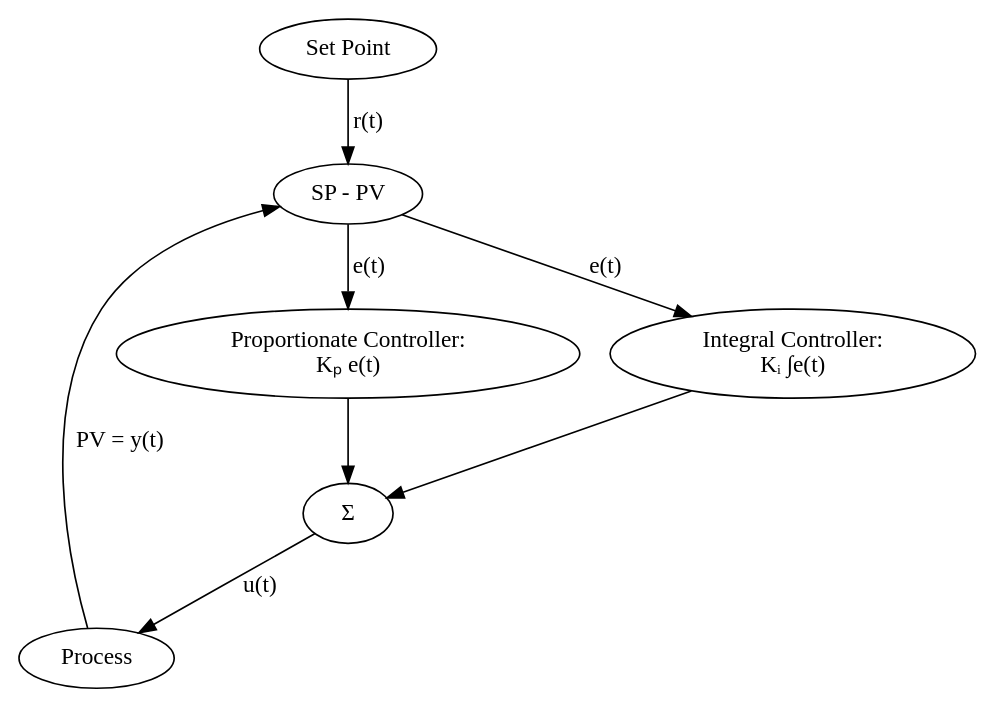
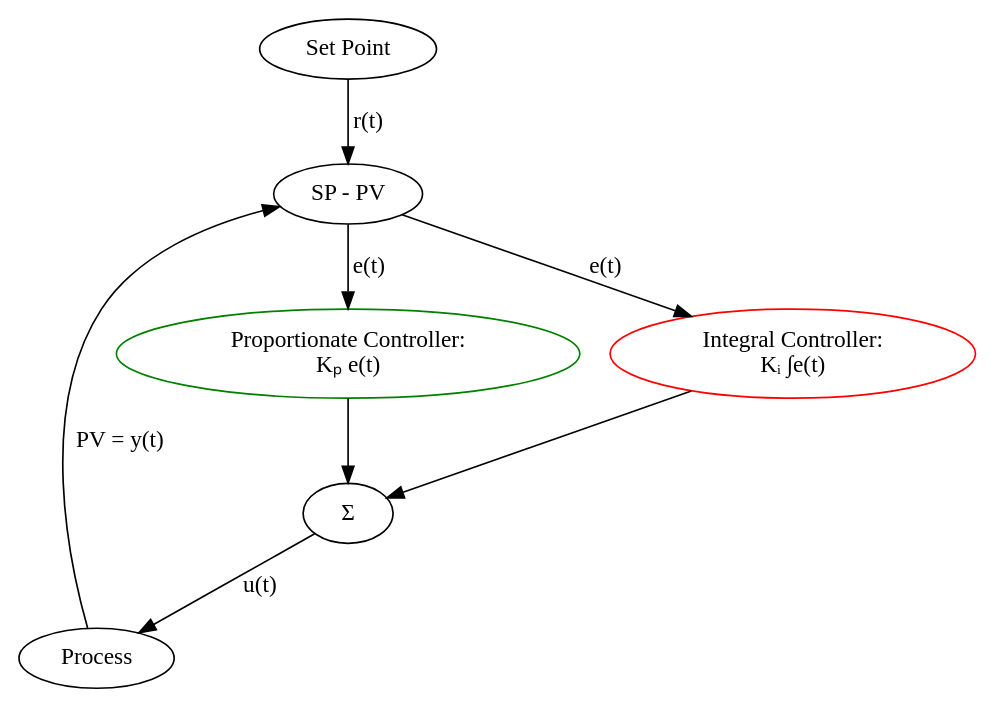
Before and after one commit to brain-fuel-co/feedback: the diagram in pid-dotfiles/pi-controller.dot, drawn with Graphviz. The commit also changed 11 other files, not shown here.

```diff
--- a/pid-dotfiles/pi-controller.dot
+++ b/pid-dotfiles/pi-controller.dot
@@ -1,16 +1,16 @@
 digraph PI {
     SP [label="Set Point"];
     PR [label="Process"];
     S1 [label="SP - PV"];
-    P  [label="Proportionate Controller:\nKₚ e(t)"];
-    I  [label="Integral Controller:\nKᵢ ∫e(t)"];
+    P  [color=green,label="Proportionate Controller:\nKₚ e(t)"];
+    I  [color=red,label="Integral Controller:\nKᵢ ∫e(t)"];
     S2 [label="Σ"];
 
     SP -> S1 [label="r(t)"];
     PR -> S1 [label="PV = y(t)"];
     S1 -> P  [label="e(t)"];
     S1 -> I  [label="e(t)"];
     P  -> S2;
     I  -> S2;
     S2 -> PR [label="u(t)"];
 }
```
